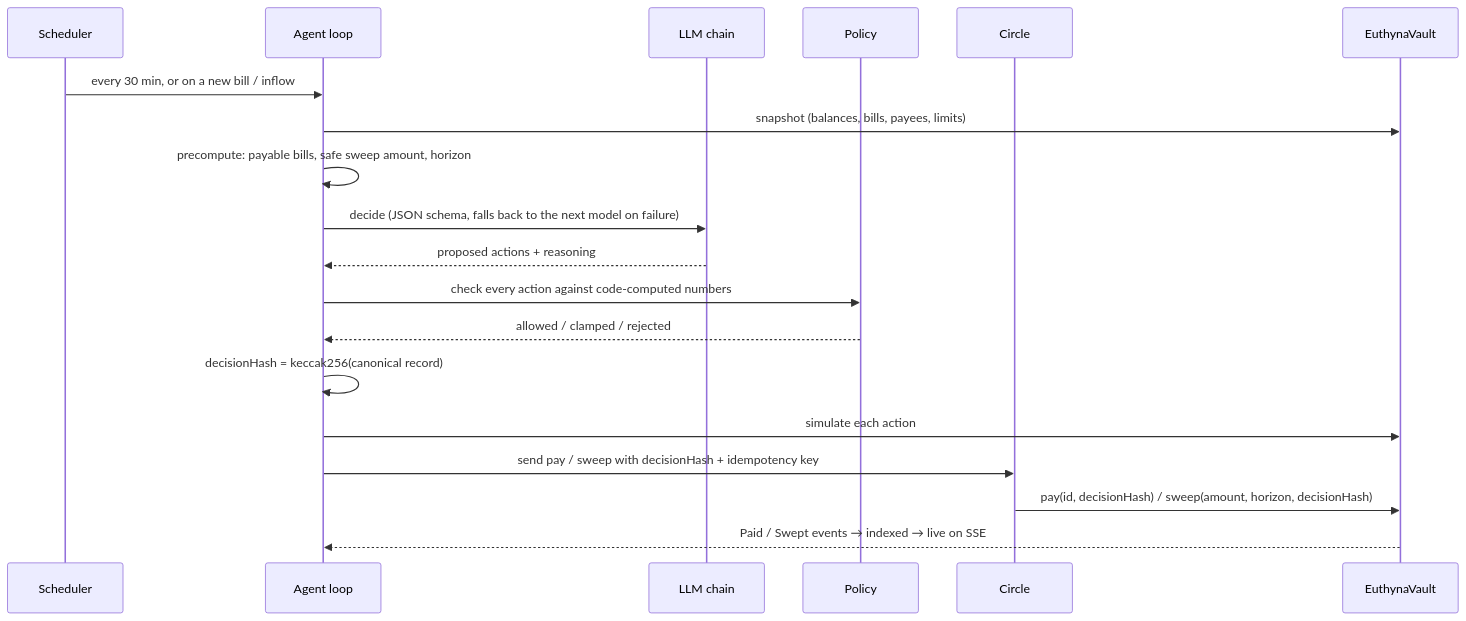
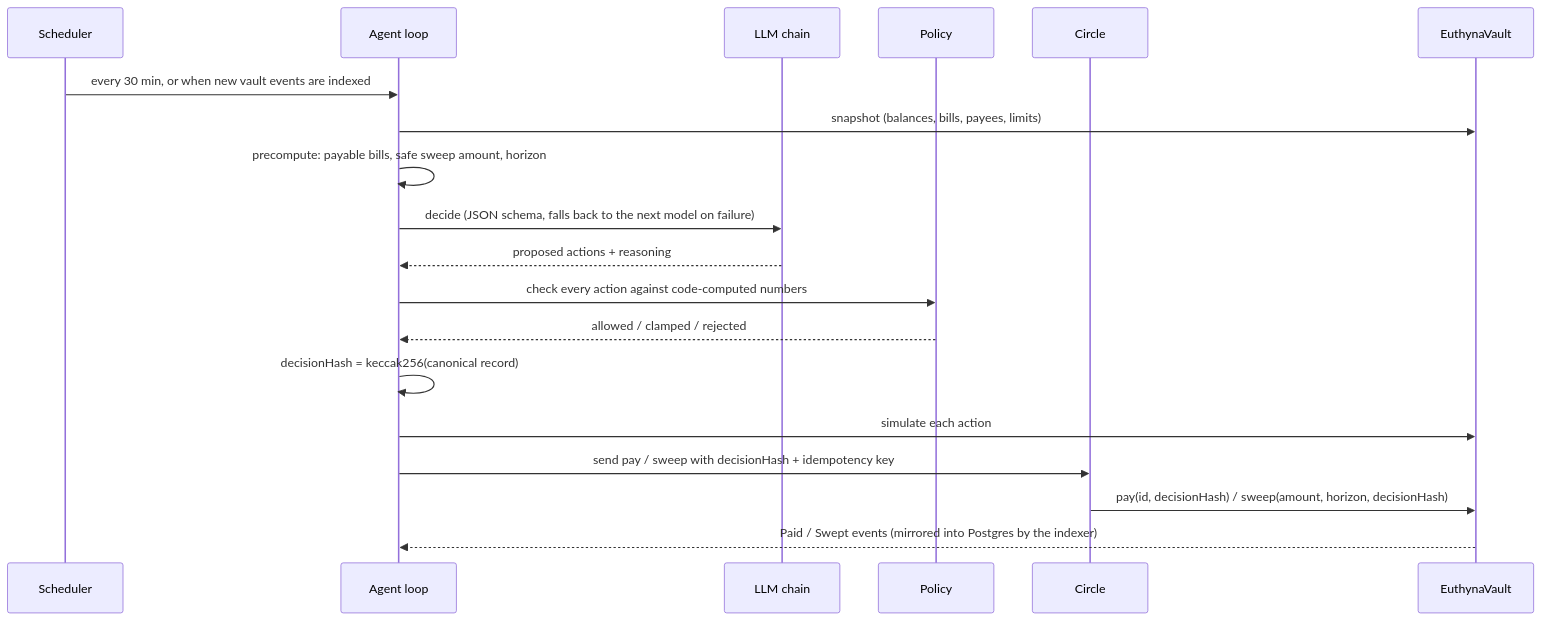
One commit to theyuvan/Euthyna changed the third of 4 diagrams in README.md. Above: the diagram before and after it, drawn with Mermaid. The commit also changed other lines of this file and 1 other file, not shown here.

````diff
--- a/README.md
+++ b/README.md
@@ -200,22 +287,22 @@
 ```mermaid
 sequenceDiagram
     participant Scheduler
     participant Agent as Agent loop
     participant LLM as LLM chain
     participant Policy
     participant Circle
     participant Vault as EuthynaVault
 
-    Scheduler->>Agent: every 30 min, or on a new bill / inflow
+    Scheduler->>Agent: every 30 min, or when new vault events are indexed
     Agent->>Vault: snapshot (balances, bills, payees, limits)
     Agent->>Agent: precompute: payable bills, safe sweep amount, horizon
     Agent->>LLM: decide (JSON schema, falls back to the next model on failure)
     LLM-->>Agent: proposed actions + reasoning
     Agent->>Policy: check every action against code-computed numbers
     Policy-->>Agent: allowed / clamped / rejected
     Agent->>Agent: decisionHash = keccak256(canonical record)
     Agent->>Vault: simulate each action
     Agent->>Circle: send pay / sweep with decisionHash + idempotency key
     Circle->>Vault: pay(id, decisionHash) / sweep(amount, horizon, decisionHash)
-    Vault-->>Agent: Paid / Swept events → indexed → live on SSE
+    Vault-->>Agent: Paid / Swept events (mirrored into Postgres by the indexer)
 ```
````
